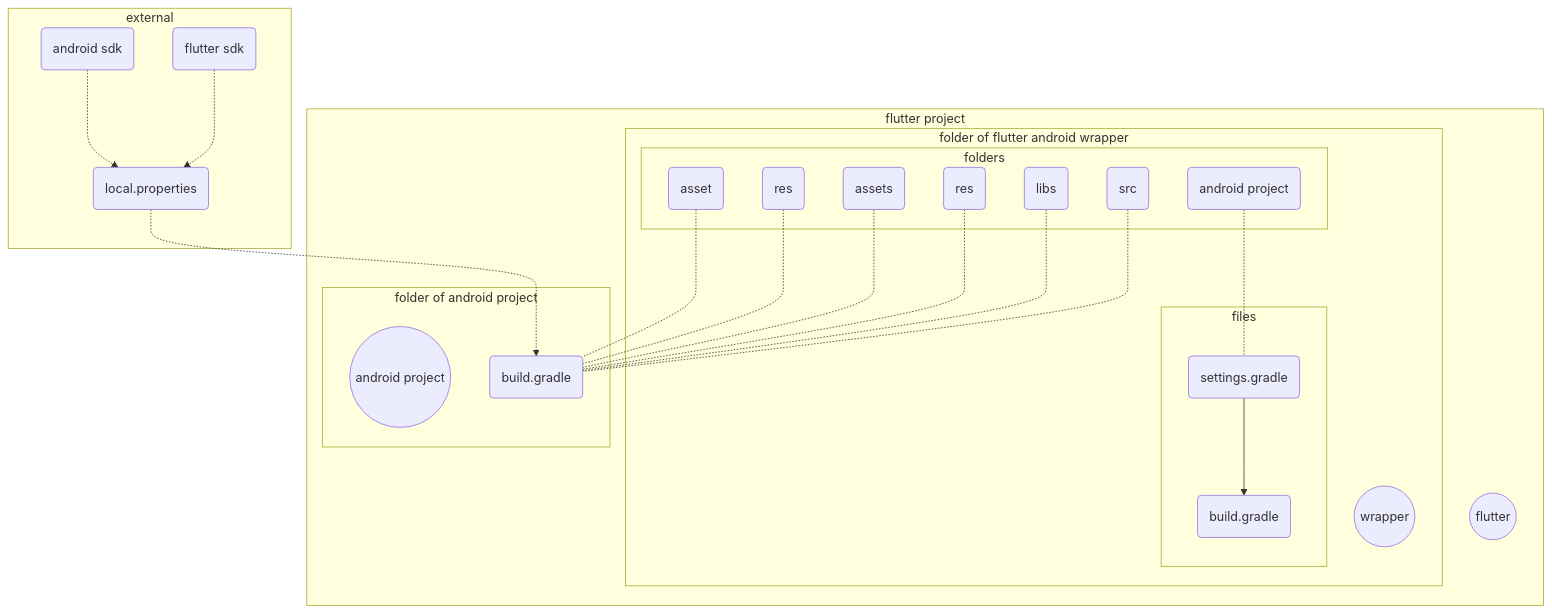
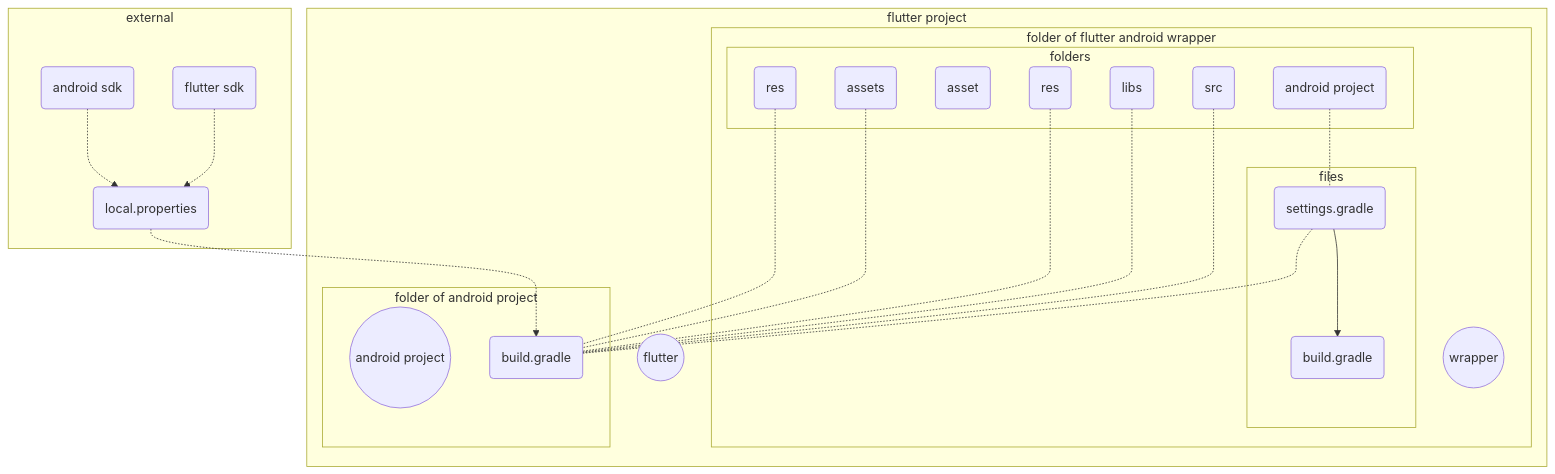
The diagram in flutter/addAndroidProjIntoFlutter.md (gordianknotC/nxp_note), drawn with Mermaid before and after one commit. The commit also changed other lines of this file, not shown here.

Commit message:
flutter/addAndroidProjIntoFlutter.md updated from https://stackedit.io/

````diff
--- a/flutter/addAndroidProjIntoFlutter.md
+++ b/flutter/addAndroidProjIntoFlutter.md
@@ -217,49 +219,44 @@
 ```mermaid
 
 graph TB
 	subgraph external
 		ADK(android sdk)-.->WL
 		FDK(flutter sdk)-.->WL
 	end
 	subgraph flutter project
 		F((flutter))
 		subgraph folder of flutter android wrapper
 			W((wrapper))
 			subgraph files
 				WS(settings.gradle) --> WB(build.gradle)
 				WL(local.properties)
 			end
 			
 			subgraph folders
 				WR(res)
 				WP(android project)
 				WT(asset)
 			end
 		end
 	
 		subgraph folder of android project
 			A((android project))
 			AB(build.gradle)
 			 subgraph folders
 				 AR(res) 
 				 AT(assets)
 				 AL(libs)
 				 AC(src)
 			 end
 		end	 
 	end
 
-	WT -.- AB
+	WS-.- AB
 	WP -.- WS
 	WR -.- AB
 	AT -.- AB
 	AR -.- AB
 	AL -.- AB
 	AC -.- AB
 	WL -.-> AB
-	
-	
-	
-	
-
 ```
````
